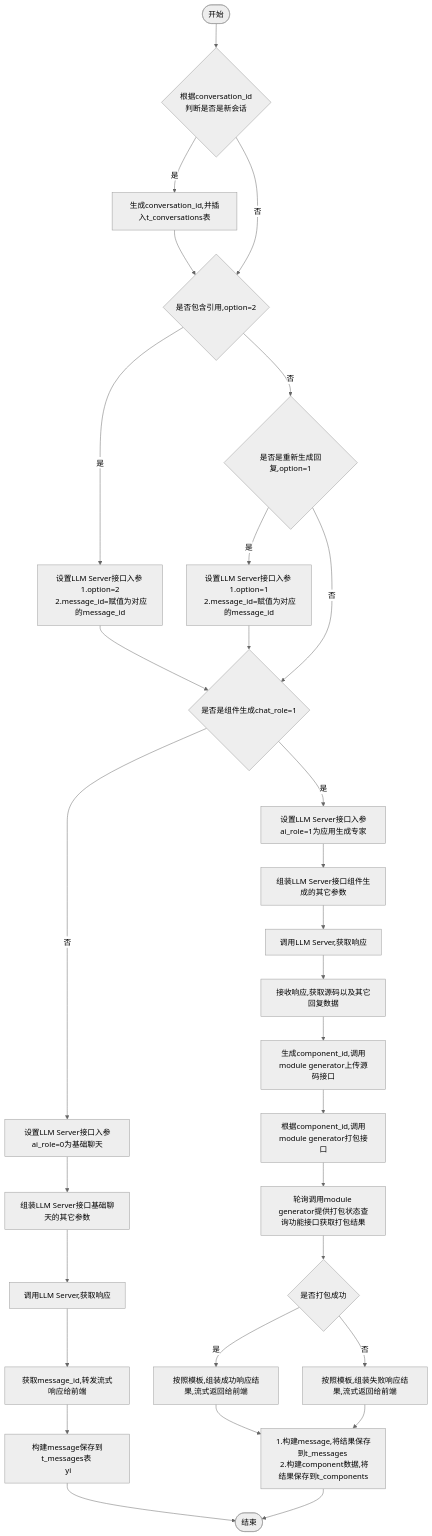
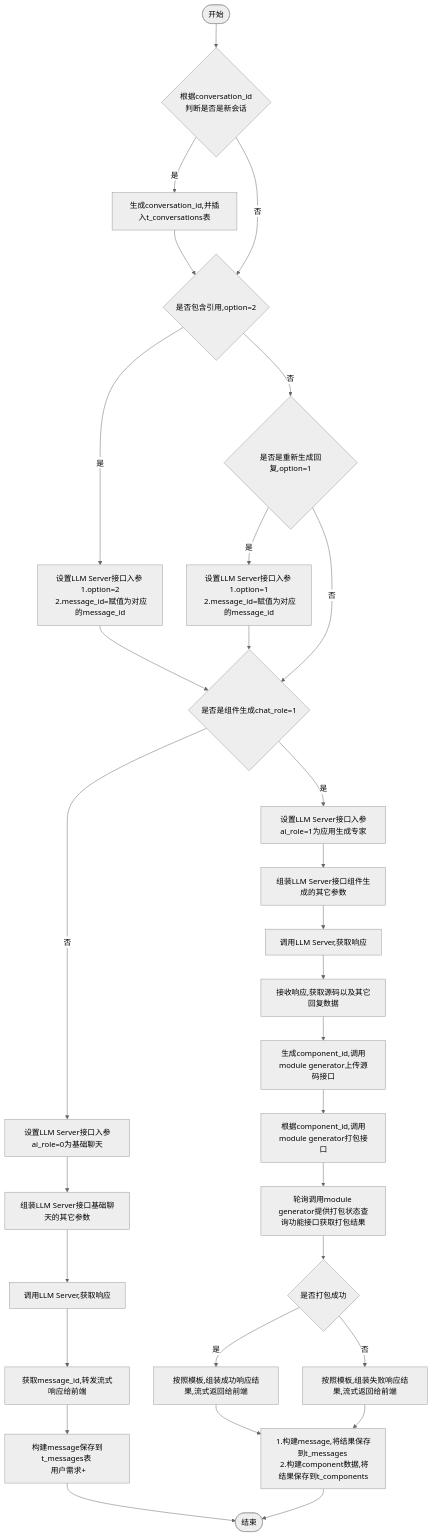
The diagram in all/w3-会话-不需要传递message.md (yingjianzh/iodraw-files), drawn with Mermaid (neutral theme) before and after one commit.

Commit message:
2024-10-14 14:04:05 update

````diff
--- a/all/w3-会话-不需要传递message.md
+++ b/all/w3-会话-不需要传递message.md
@@ -1,36 +1,36 @@
 ```mermaid
 flowchart TD
     A([开始]) --> B{根据conversation_id \n 判断是否是新会话}
     B -- 是 --> C[生成conversation_id,并插入t_conversations表]
     C --> D
     B -- 否 --> D{是否包含引用,option=2}
     D -- 是 --> E[设置LLM Server接口入参 \n 1.option=2 \n 2.message_id=赋值为对应的message_id]
     D -- 否 --> F{是否是重新生成回复,option=1}
     F -- 是 --> G[设置LLM Server接口入参 \n 1.option=1 \n 2.message_id=赋值为对应的message_id]
     F -- 否 --> I
      
     E & G --> I{是否是组件生成chat_role=1}
     I -- 否 --> K[设置LLM Server接口入参ai_role=0为基础聊天]
     I -- 是 --> J[设置LLM Server接口入参ai_role=1为应用生成专家]
     
 
     J --> L[组装LLM Server接口组件生成的其它参数]    
     K --> M[组装LLM Server接口基础聊天的其它参数]    
     M --> N[调用LLM Server,获取响应]    
     N --> O[获取message_id,转发流式响应给前端]
-    O --> P[构建message保存到t_messages表 \n yi]
+    O --> P[构建message保存到t_messages表 \n 用户需求+]
     P --> R([结束])
 
 
     L --> S[调用LLM Server,获取响应]
     S --> T[接收响应,获取源码以及其它回复数据]
     T --> U[生成component_id,调用module generator上传源码接口]
     U --> V[根据component_id,调用module generator打包接口]
     V --> W[轮询调用module generator提供打包状态查询功能接口获取打包结果]
     W --> X{是否打包成功}
     X -- 是 --> Y[按照模板,组装成功响应结果,流式返回给前端]
     X -- 否 --> Z[按照模板,组装失败响应结果,流式返回给前端]
 
     Y & Z --> Result[1.构建message,将结果保存到t_messages \n 2.构建component数据,将结果保存到t_components]
     Result --> R
 ```
````
